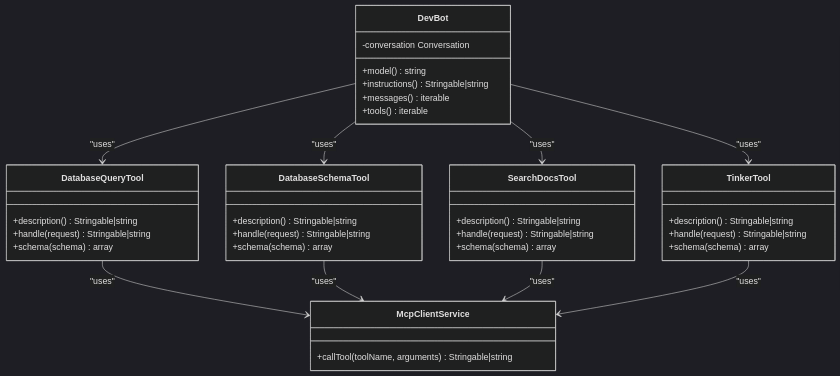
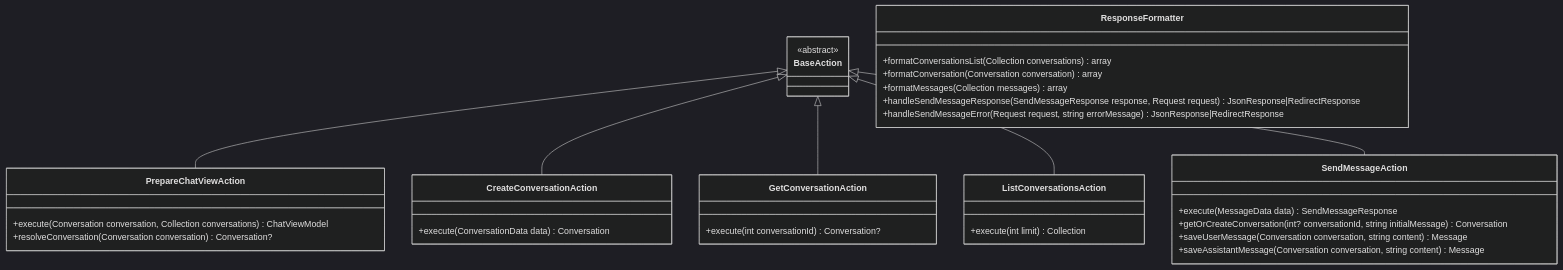
The sixth of 8 diagrams in .qoder/repowiki/en/content/Frontend Development/Chat Interface System.md (siimliimand/laravel-assistant), drawn with Mermaid (dark theme) before and after one commit. The commit also changed other lines of this file and 5 other files, not shown here.

````diff
--- a/.qoder/repowiki/en/content/Frontend Development/Chat Interface System.md
+++ b/.qoder/repowiki/en/content/Frontend Development/Chat Interface System.md
@@ -393,41 +379,37 @@
 ```mermaid
 classDiagram
-class DevBot {
-+model() string
-+instructions() Stringable|string
-+messages() iterable
-+tools() iterable
--conversation Conversation
+class BaseAction {
+<<abstract>>
 }
-class DatabaseQueryTool {
-+description() Stringable|string
-+handle(request) Stringable|string
-+schema(schema) array
+class PrepareChatViewAction {
++execute(Conversation conversation, Collection conversations) ChatViewModel
++resolveConversation(Conversation conversation) Conversation?
 }
-class DatabaseSchemaTool {
-+description() Stringable|string
-+handle(request) Stringable|string
-+schema(schema) array
+class CreateConversationAction {
++execute(ConversationData data) Conversation
 }
-class SearchDocsTool {
-+description() Stringable|string
-+handle(request) Stringable|string
-+schema(schema) array
+class GetConversationAction {
++execute(int conversationId) Conversation?
 }
-class TinkerTool {
-+description() Stringable|string
-+handle(request) Stringable|string
-+schema(schema) array
+class ListConversationsAction {
++execute(int limit) Collection
 }
-class McpClientService {
-+callTool(toolName, arguments) Stringable|string
+class SendMessageAction {
++execute(MessageData data) SendMessageResponse
++getOrCreateConversation(int? conversationId, string initialMessage) Conversation
++saveUserMessage(Conversation conversation, string content) Message
++saveAssistantMessage(Conversation conversation, string content) Message
 }
-DevBot --> DatabaseQueryTool : "uses"
-DevBot --> DatabaseSchemaTool : "uses"
-DevBot --> SearchDocsTool : "uses"
-DevBot --> TinkerTool : "uses"
-DatabaseQueryTool --> McpClientService : "uses"
-DatabaseSchemaTool --> McpClientService : "uses"
-SearchDocsTool --> McpClientService : "uses"
-TinkerTool --> McpClientService : "uses"
+class ResponseFormatter {
++formatConversationsList(Collection conversations) array
++formatConversation(Conversation conversation) array
++formatMessages(Collection messages) array
++handleSendMessageResponse(SendMessageResponse response, Request request) JsonResponse|RedirectResponse
++handleSendMessageError(Request request, string errorMessage) JsonResponse|RedirectResponse
+}
+BaseAction <|-- PrepareChatViewAction
+BaseAction <|-- CreateConversationAction
+BaseAction <|-- GetConversationAction
+BaseAction <|-- ListConversationsAction
+BaseAction <|-- SendMessageAction
 ```
````
